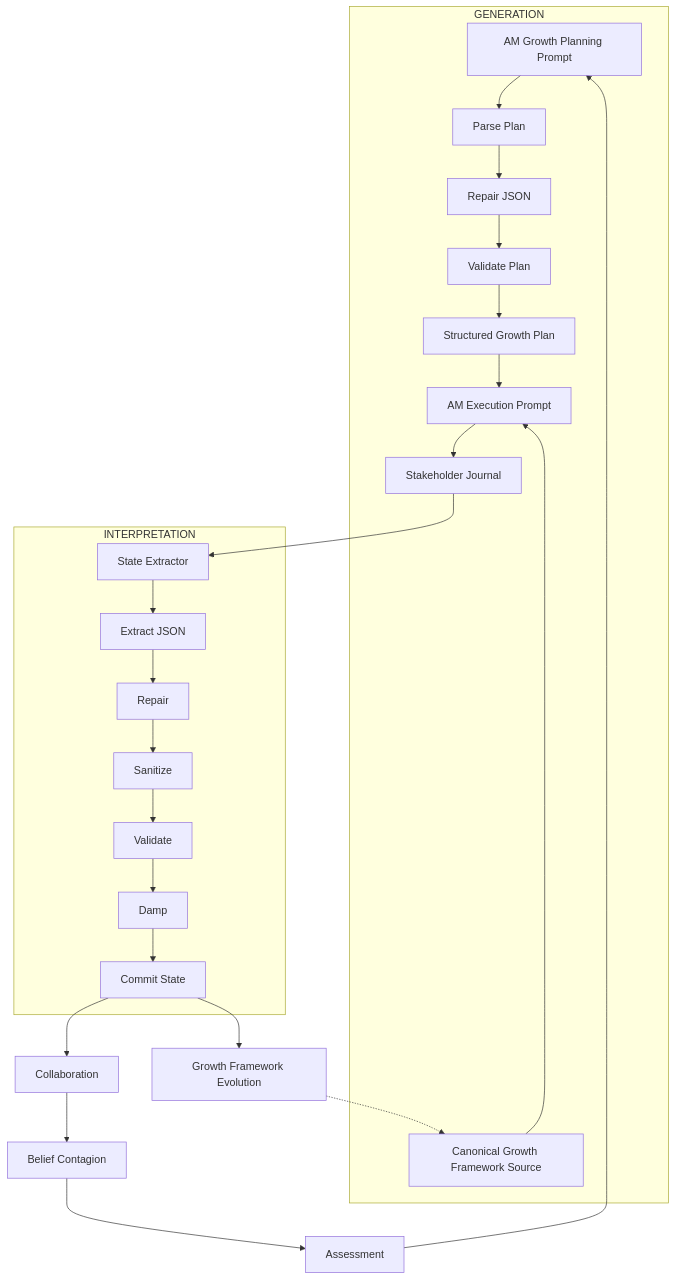
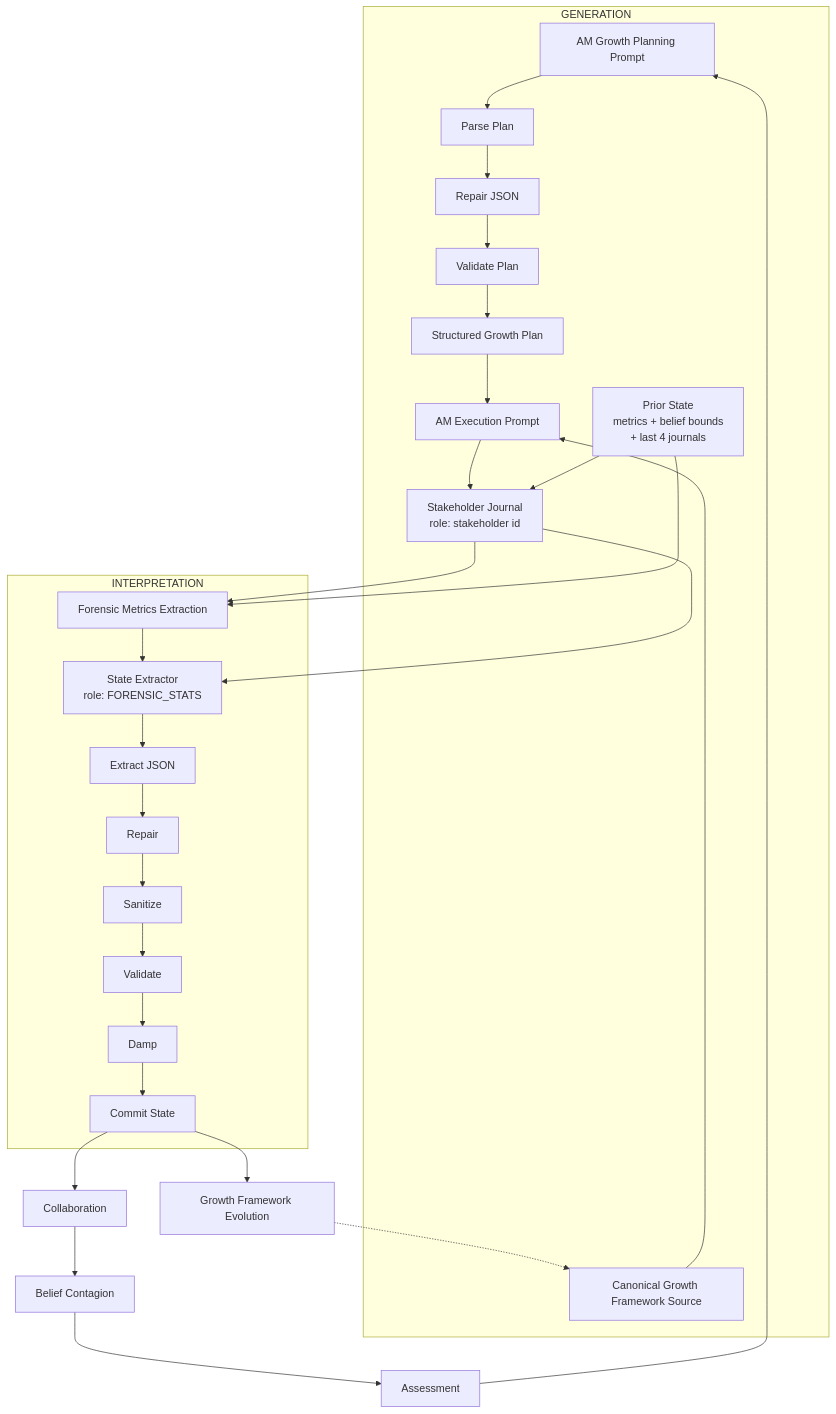
One commit to soyuz43/I-have-no-mouth-and-my-tokens-must-scream changed the second of 8 diagrams in README_corporate.md. Above: the diagram before and after it, drawn with Mermaid. The commit also changed other lines of this file and 1 other file, not shown here.

First line of the commit message:
docs: correct README claims and document journal/extractor separation

````diff
--- a/README_corporate.md
+++ b/README_corporate.md
@@ -77,75 +77,82 @@
 ```mermaid
 flowchart TD
 
 %% ========================
 %% PASS 1 — GENERATION
 %% ========================
 
 subgraph GENERATION
 
   AM_PLAN_RAW[AM Growth Planning Prompt]
 
   PLAN_PARSE[Parse Plan]
   PLAN_REPAIR[Repair JSON]
   PLAN_VALIDATE[Validate Plan]
 
   PLAN[Structured Growth Plan]
 
   TACTICS[Canonical Growth Framework Source]
   AM_EXEC[AM Execution Prompt]
 
-  SIM_JOURNAL[Stakeholder Journal]
+  SIM_JOURNAL[Stakeholder Journal<br/>role: stakeholder id]
+
+  PRIOR_STATE[Prior State<br/>metrics + belief bounds<br/>+ last 4 journals]
 
   AM_PLAN_RAW --> PLAN_PARSE
   PLAN_PARSE --> PLAN_REPAIR --> PLAN_VALIDATE --> PLAN
 
   PLAN --> AM_EXEC
   TACTICS --> AM_EXEC
 
   AM_EXEC --> SIM_JOURNAL
+  PRIOR_STATE --> SIM_JOURNAL
 
 end
 
 %% ========================
 %% PASS 2 — INTERPRETATION
 %% ========================
 
 subgraph INTERPRETATION
 
-  EXTRACT_PROMPT[State Extractor]
+  EXTRACT_PROMPT[State Extractor<br/>role: FORENSIC_STATS]
+  STATS_CALL[Forensic Metrics Extraction]
 
   JSON_EXTRACT[Extract JSON]
   REPAIR[Repair]
   SANITIZE[Sanitize]
   VALIDATE[Validate]
   DAMP[Damp]
   COMMIT[Commit State]
 
   EXTRACT_PROMPT --> JSON_EXTRACT
+  STATS_CALL --> EXTRACT_PROMPT
   JSON_EXTRACT --> REPAIR --> SANITIZE --> VALIDATE --> DAMP --> COMMIT
 
 end
 
 %% ========================
 %% FLOW
 %% ========================
 
 SIM_JOURNAL --> EXTRACT_PROMPT
+SIM_JOURNAL --> STATS_CALL
+PRIOR_STATE --> STATS_CALL
 
 %% ========================
 %% SOCIAL + LOOP
 %% ========================
 
 COMMIT --> COMMS[Collaboration]
 COMMS --> CONTAGION[Belief Contagion]
 
 CONTAGION --> ASSESS[Assessment]
 ASSESS --> AM_PLAN_RAW
 
 %% ========================
 %% CONDITIONAL BRANCH
 %% ========================
 
 COMMIT --> EVOLVE[Growth Framework Evolution]
 EVOLVE -.-> TACTICS
 ```
````
